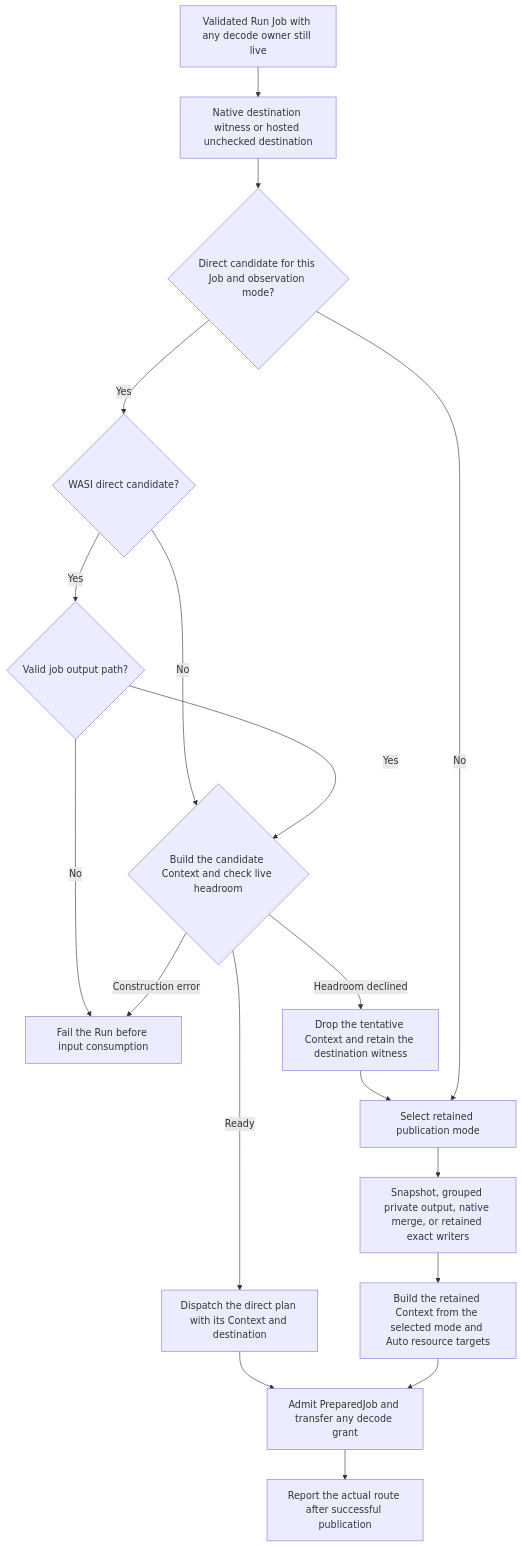
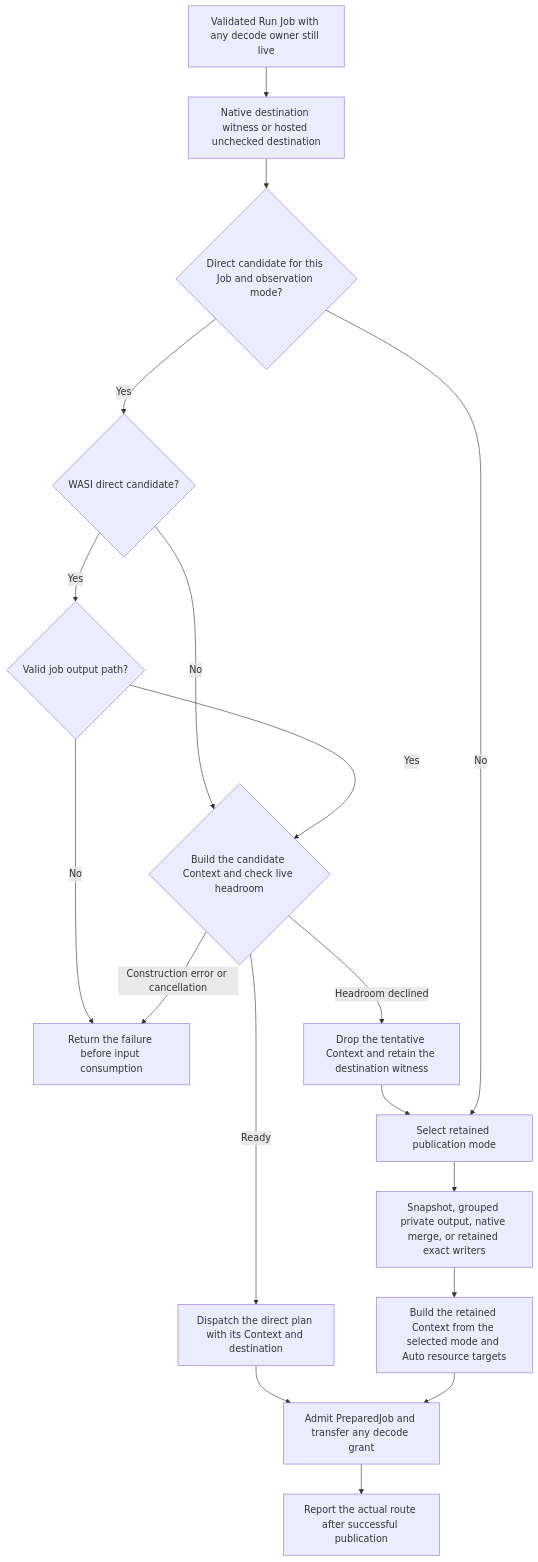
The second of 21 diagrams in docs/execution-decisions.md (jsmatfess/chopper), drawn with Mermaid before and after one commit. The commit also changed other lines of this file and 4 other files, not shown here.

First line of the commit message:
Preserve typed cancellation through Run startup and spills

````diff
--- a/docs/execution-decisions.md
+++ b/docs/execution-decisions.md
@@ -127,20 +127,20 @@
 ```mermaid
 flowchart TD
     Validated[Validated Run Job with any decode owner still live] --> Destination[Native destination witness or hosted unchecked destination]
     Destination --> Candidate{Direct candidate for this Job and observation mode?}
     Candidate -->|Yes| Hosted{WASI direct candidate?}
     Hosted -->|Yes| Output{Valid job output path?}
     Hosted -->|No| Context{Build the candidate Context and check live headroom}
     Output -->|Yes| Context
     Output -->|No| Fail
-    Context -->|Construction error| Fail[Fail the Run before input consumption]
+    Context -->|Construction error or cancellation| Fail[Return the failure before input consumption]
     Context -->|Ready| Direct[Dispatch the direct plan with its Context and destination]
     Context -->|Headroom declined| Drop[Drop the tentative Context and retain the destination witness]
     Drop --> Retained[Select retained publication mode]
     Candidate -->|No| Retained
     Retained --> Policy[Snapshot, grouped private output, native merge, or retained exact writers]
     Policy --> Process[Build the retained Context from the selected mode and Auto resource targets]
     Direct --> JobAdmission[Admit PreparedJob and transfer any decode grant]
     Process --> JobAdmission
     JobAdmission --> Report[Report the actual route after successful publication]
 ```
````
